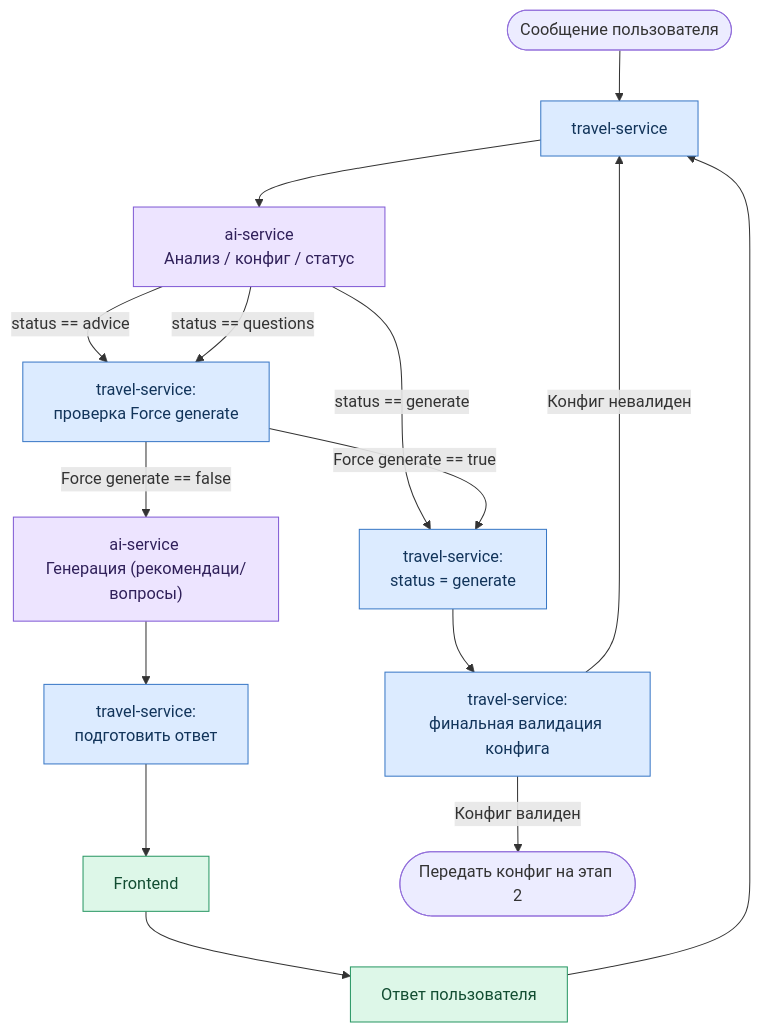
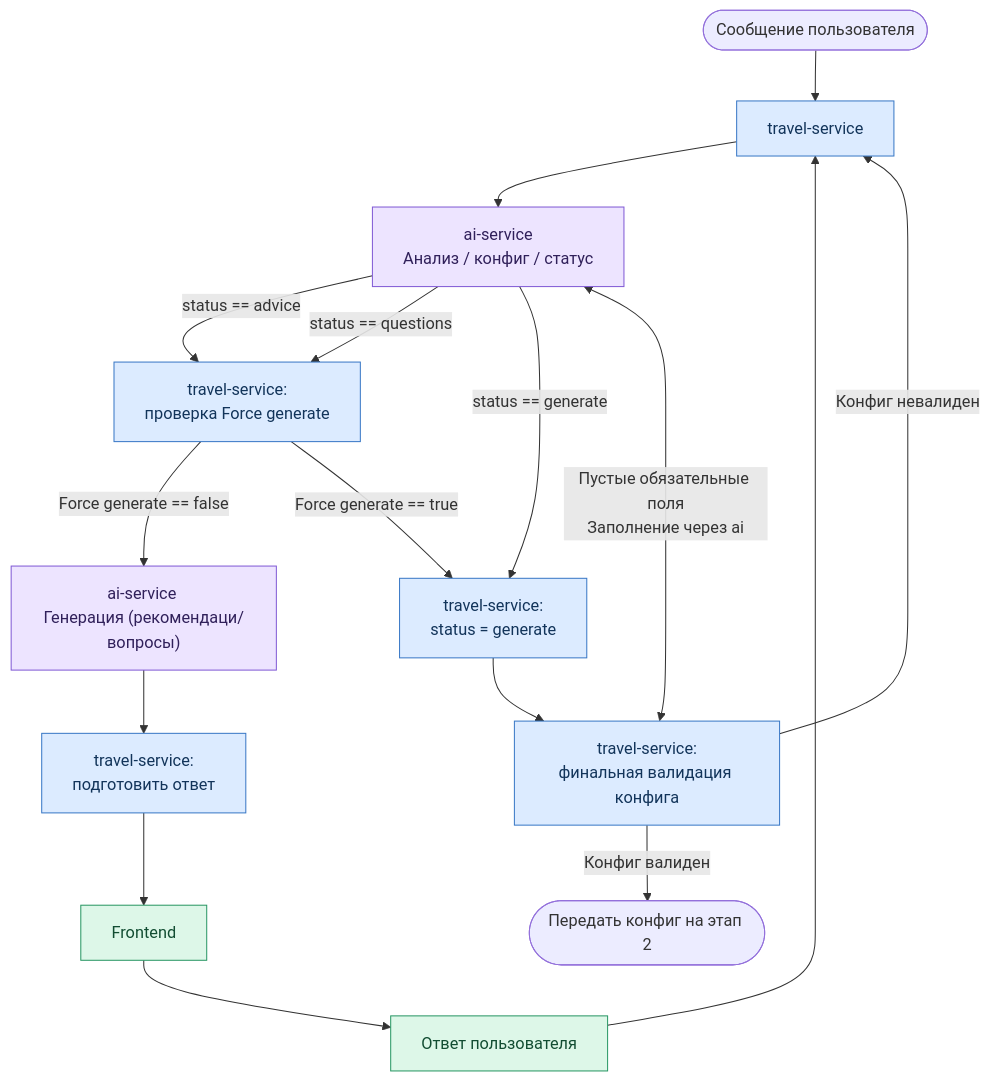
One commit to vasslin/ostrovok-hackaton changed the fifth of 8 diagrams in ABOUT.md. Above: the diagram before and after it, drawn with Mermaid.

````diff
--- a/ABOUT.md
+++ b/ABOUT.md
@@ -272,33 +272,34 @@
 ```mermaid
 
 flowchart TD
     START([Сообщение пользователя]) --> TS1[travel-service]
     TS1 --> AI1["ai-service <br/>Анализ / конфиг / статус"]
 
     AI1 -->|status == advice| FORCE["travel-service:<br/>проверка Force generate"]
     AI1 -->|status == questions| FORCE
     AI1 -->|status == generate| GEN["travel-service:<br/>status = generate"]
 
     FORCE -->|Force generate == false| AI2["ai-service <br/>Генерация (рекомендаци/вопросы)"]
     FORCE -->|Force generate == true| GEN
 
     AI2 --> RESP["travel-service:<br/>подготовить ответ"]
     RESP --> FE["Frontend"]
 
     FE --> USER["Ответ пользователя"]
     USER --> TS1
 
     GEN --> VALIDATE["travel-service:<br/>финальная валидация конфига"]
     VALIDATE -->|Конфиг валиден| NEXT([Передать конфиг на этап 2])
     VALIDATE -->|Конфиг невалиден| TS1
+    VALIDATE <--> |Пустые обязательные поля<br/>Заполнение через ai| AI1
 
     classDef ai fill:#EDE4FF,stroke:#805AD5,color:#30205A
     classDef service fill:#DCEBFF,stroke:#3978C6,color:#12345A
     classDef frontend fill:#DDF7E8,stroke:#299764,color:#124D32
 
     class AI1,AI2 ai
     class TS1,FORCE,GEN,RESP,VALIDATE service
     class FE,USER frontend
 
 
 ```
````
